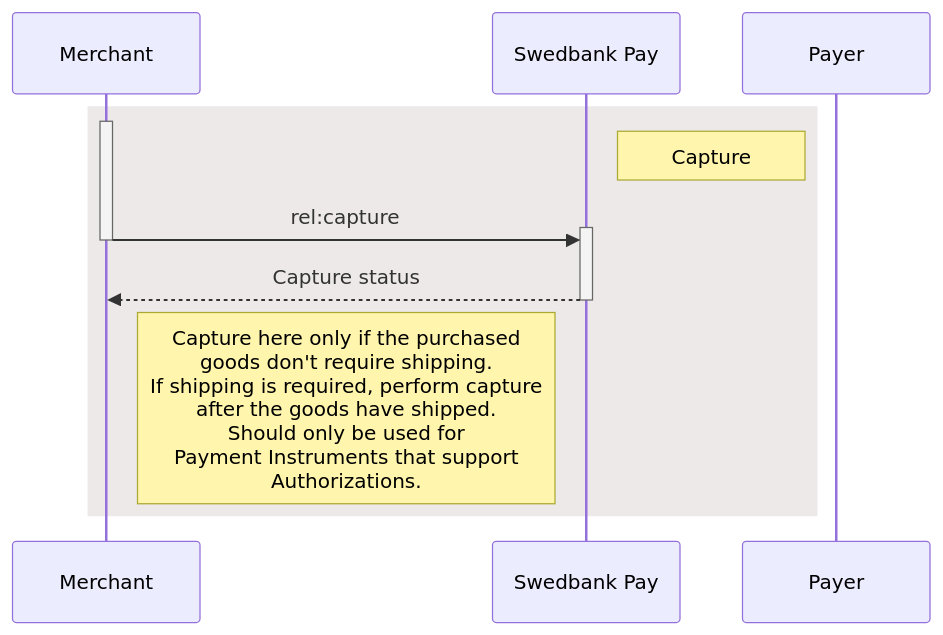
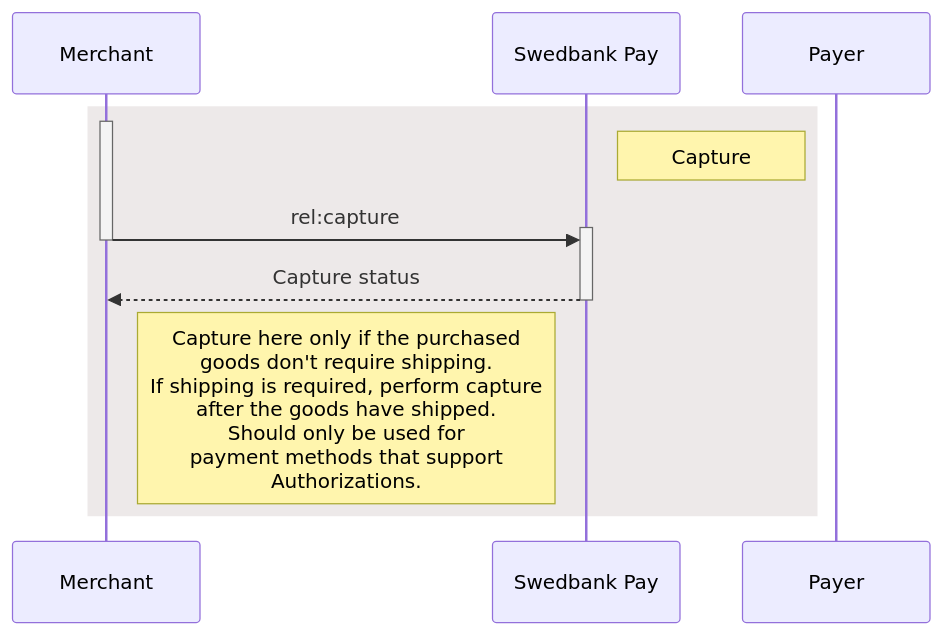
Before and after one commit to SwedbankPay/developer.swedbankpay.com: the second of 2 diagrams in _includes/payment-order-capture.md, drawn with Mermaid. The commit also changed other lines of this file and 101 other files, not shown here.

Commit message:
DEVP-360: Renamed instruments to methods in digital payments

````diff
--- a/_includes/payment-order-capture.md
+++ b/_includes/payment-order-capture.md
@@ -223,14 +223,14 @@
 ```mermaid
 sequenceDiagram
     participant Merchant
     participant SwedbankPay as Swedbank Pay
 
     rect rgba(81,43,43,0.1)
         activate Merchant
         note left of Payer: Capture
         Merchant ->>+ SwedbankPay: rel:capture
         deactivate Merchant
         SwedbankPay -->>- Merchant: Capture status
-        note right of Merchant: Capture here only if the purchased<br/>goods don't require shipping.<br/>If shipping is required, perform capture<br/>after the goods have shipped.<br>Should only be used for <br>Payment Instruments that support <br>Authorizations.
+        note right of Merchant: Capture here only if the purchased<br/>goods don't require shipping.<br/>If shipping is required, perform capture<br/>after the goods have shipped.<br>Should only be used for <br>payment methods that support <br>Authorizations.
     end
 ```
````
